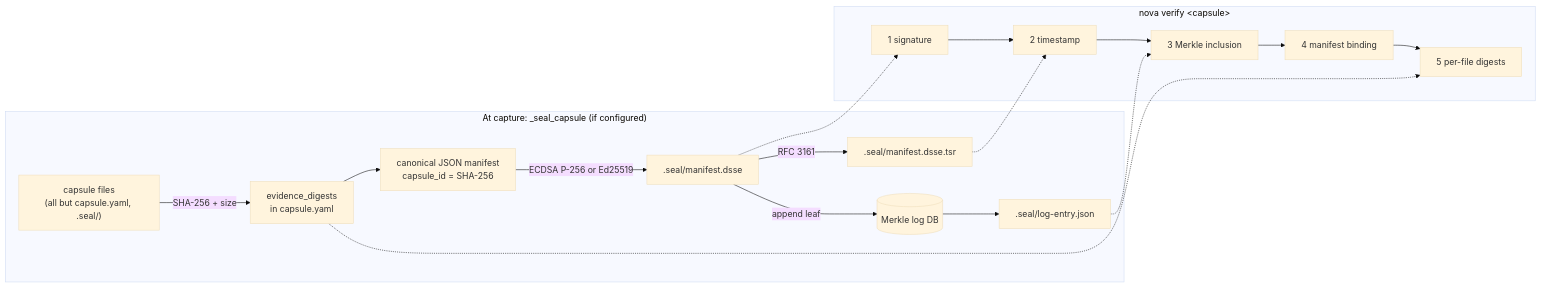
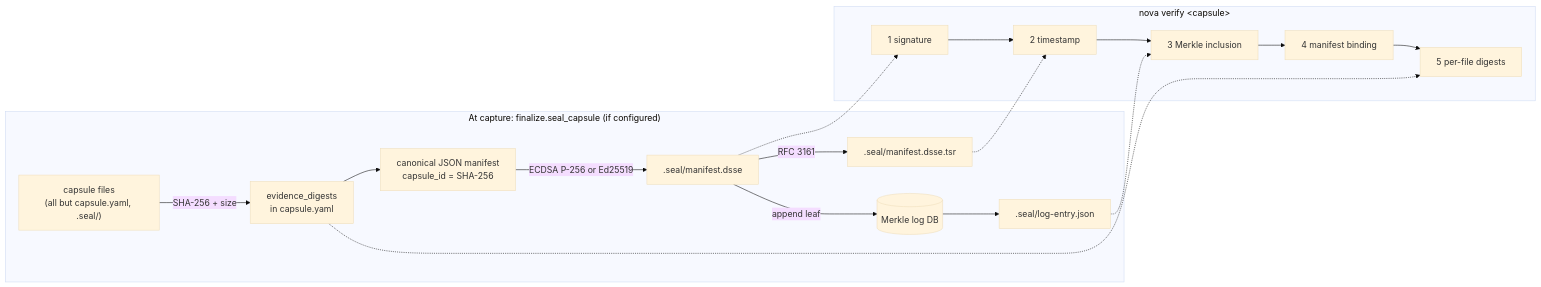
One commit to MSKazemi/novafabric changed the diagram in docs/architecture/sealing-and-verification.md. Above: the diagram before and after it, drawn with Mermaid (base theme). The commit also changed other lines of this file and 14 other files, not shown here.

Commit message:
docs(architecture): verify the architecture pages against the code (#363)

````diff
--- a/docs/architecture/sealing-and-verification.md
+++ b/docs/architecture/sealing-and-verification.md
@@ -18,18 +20,18 @@
 ```mermaid
 flowchart LR
-    subgraph seal["At capture: _seal_capsule (if configured)"]
+    subgraph seal["At capture: finalize.seal_capsule (if configured)"]
         F["capsule files<br/>(all but capsule.yaml, .seal/)"] -->|SHA-256 + size| ED["evidence_digests<br/>in capsule.yaml"]
         ED --> CJ["canonical JSON manifest<br/>capsule_id = SHA-256"]
         CJ -->|ECDSA P-256 or Ed25519| DSSE[".seal/manifest.dsse"]
         DSSE -->|RFC 3161| TSR[".seal/manifest.dsse.tsr"]
         DSSE -->|append leaf| ML[("Merkle log DB")]
         ML --> LE[".seal/log-entry.json"]
     end
     subgraph verify["nova verify &lt;capsule&gt;"]
         V1[1 signature] --> V2[2 timestamp] --> V3[3 Merkle inclusion] --> V4[4 manifest binding] --> V5[5 per-file digests]
     end
     DSSE -.-> V1
     TSR -.-> V2
     LE -.-> V3
     ED -.-> V5
 ```
````
